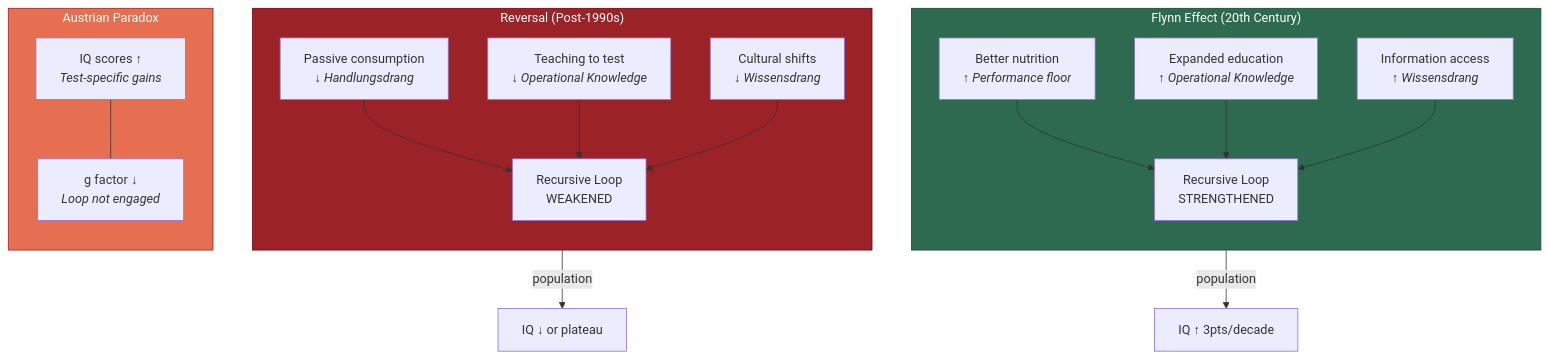
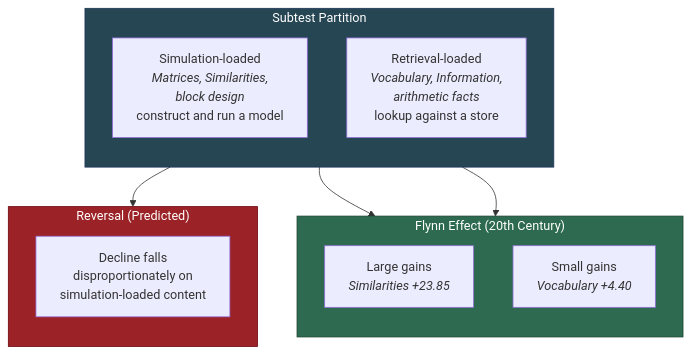
The diagram in wiki/intelligence/flynn-effect.md (JeltzProstetnic/aIware), drawn with Mermaid before and after one commit. The commit also changed other lines of this file and 124 other files, not shown here.

````diff
--- a/wiki/intelligence/flynn-effect.md
+++ b/wiki/intelligence/flynn-effect.md
@@ -35,38 +47,27 @@
 ```mermaid
 graph TB
+    subgraph PART["Subtest Partition"]
+        direction TB
+        SIM["Simulation-loaded<br/><i>Matrices, Similarities,<br/>block design</i><br/>construct and run a model"]
+        RET["Retrieval-loaded<br/><i>Vocabulary, Information,<br/>arithmetic facts</i><br/>lookup against a store"]
+    end
+
     subgraph RISE["Flynn Effect (20th Century)"]
         direction TB
-        R1["Better nutrition<br/><i>↑ Performance floor</i>"]
-        R2["Expanded education<br/><i>↑ Operational Knowledge</i>"]
-        R3["Information access<br/><i>↑ Wissensdrang</i>"]
-        RL["Recursive Loop<br/>STRENGTHENED"]
-        R1 --> RL
-        R2 --> RL
-        R3 --> RL
+        R1["Large gains<br/><i>Similarities +23.85</i>"]
+        R2["Small gains<br/><i>Vocabulary +4.40</i>"]
     end
 
-    subgraph FALL["Reversal (Post-1990s)"]
+    subgraph FALL["Reversal (Predicted)"]
         direction TB
-        F1["Passive consumption<br/><i>↓ Handlungsdrang</i>"]
-        F2["Teaching to test<br/><i>↓ Operational Knowledge</i>"]
-        F3["Cultural shifts<br/><i>↓ Wissensdrang</i>"]
-        FL["Recursive Loop<br/>WEAKENED"]
-        F1 --> FL
-        F2 --> FL
-        F3 --> FL
+        F1["Decline falls<br/>disproportionately on<br/>simulation-loaded content"]
     end
 
-    subgraph PARADOX["Austrian Paradox"]
-        direction TB
-        P1["IQ scores ↑<br/><i>Test-specific gains</i>"]
-        P2["g factor ↓<br/><i>Loop not engaged</i>"]
-        P1 --- P2
-    end
+    SIM --> R1
+    RET --> R2
+    SIM --> F1
 
-    RL -->|"population"| IQ_UP["IQ ↑ 3pts/decade"]
-    FL -->|"population"| IQ_DOWN["IQ ↓ or plateau"]
-
+    style PART fill:#264653,color:#fff,stroke:#1d3557
     style RISE fill:#2d6a4f,color:#fff,stroke:#1b4332
     style FALL fill:#9b2226,color:#fff,stroke:#6a040f
-    style PARADOX fill:#e76f51,color:#fff,stroke:#9b2226
 ```
````
